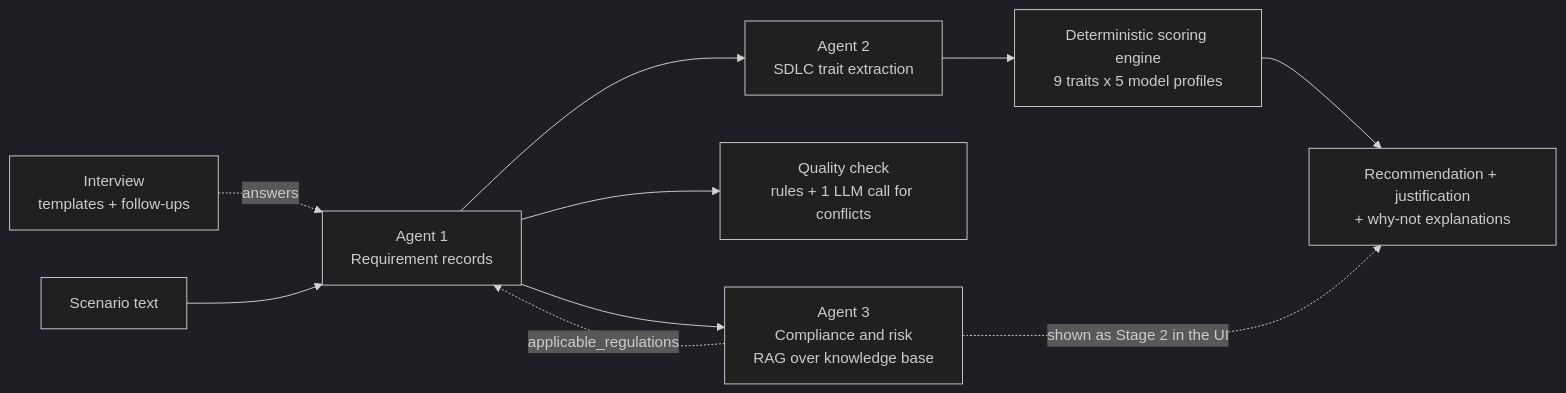
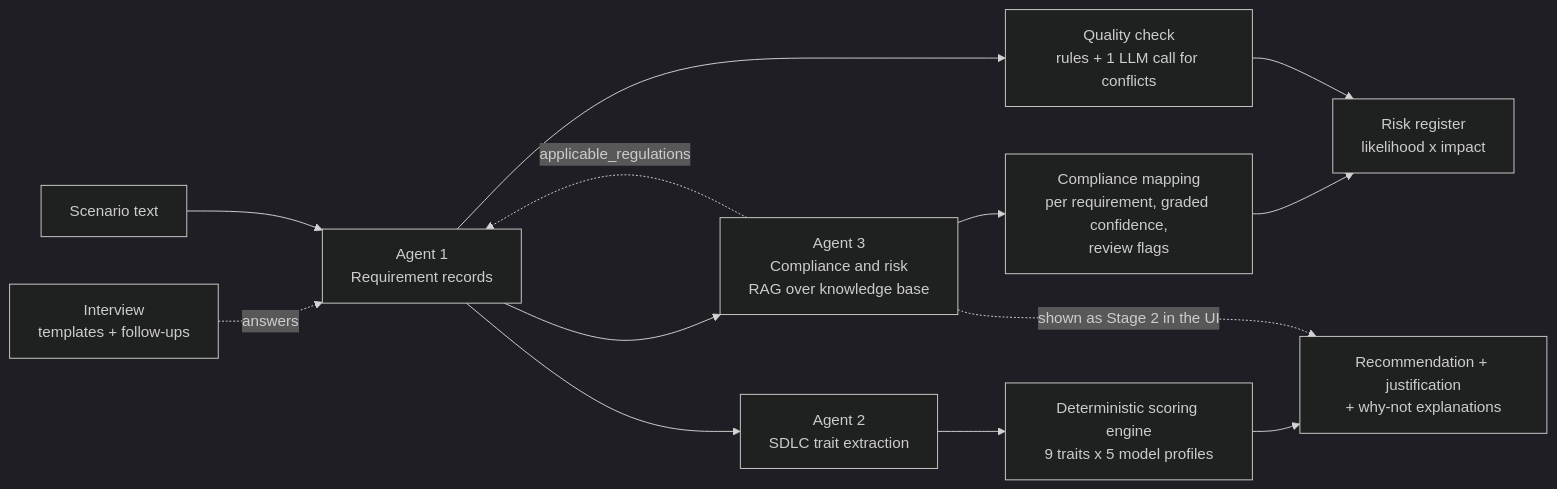
One commit to darshan-gittygit/se-project changed the first of 2 diagrams in docs/ARCHITECTURE.md. Above: the diagram before and after it, drawn with Mermaid (dark theme). The commit also changed other lines of this file and 21 other files, not shown here.

Commit message:
Phase 2: KB metadata and applicability, compliance mapping, risk register

````diff
--- a/docs/ARCHITECTURE.md
+++ b/docs/ARCHITECTURE.md
@@ -9,12 +9,15 @@
 ```mermaid
 flowchart LR
     I[Interview<br/>templates + follow-ups] -. answers .-> B
     A[Scenario text] --> B[Agent 1<br/>Requirement records]
     B --> C[Agent 3<br/>Compliance and risk<br/>RAG over knowledge base]
     C -. applicable_regulations .-> B
+    C --> M[Compliance mapping<br/>per requirement, graded confidence,<br/>review flags]
     B --> Q[Quality check<br/>rules + 1 LLM call for conflicts]
+    M --> R[Risk register<br/>likelihood x impact]
+    Q --> R
     B --> D[Agent 2<br/>SDLC trait extraction]
     D --> E[Deterministic scoring engine<br/>9 traits x 5 model profiles]
     E --> F[Recommendation + justification<br/>+ why-not explanations]
     C -. shown as Stage 2 in the UI .-> F
 ```
````
